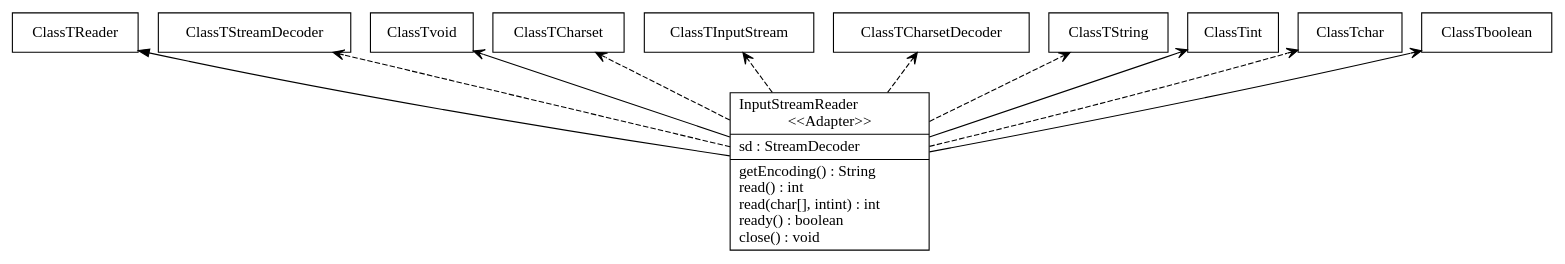
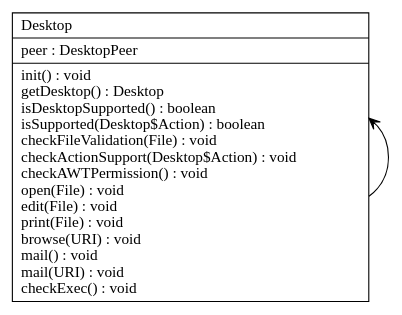
One commit to chinchalupa/CSSE374-Project changed the diagram in input_output/new_file.dot. Above: the diagram before and after it, drawn with Graphviz. The commit also changed 68 other files, not shown here.

```diff
--- a/input_output/new_file.dot
+++ b/input_output/new_file.dot
@@ -1,29 +1,11 @@
 digraph G {
 
 fontname = "Bitstream Vera Sans"
 fontsize = 8
 rankdir=BT
 
-node [shape = "record" outlineColor = "#000000"]
-ClassTInputStreamReader [label = "{InputStreamReader\l\<\<Adapter\>\>|sd : StreamDecoder\l|getEncoding() : String\lread() : int\lread(char[], intint) : int\lready() : boolean\lclose() : void\l}"]
-edge [arrowhead = "normal" style = "solid" ]
-ClassTInputStreamReader -> ClassTReader
-edge [arrowhead = "vee" style = "dashed" ]
-ClassTInputStreamReader -> ClassTStreamDecoder
-edge [arrowhead = "vee" style = "solid" ]
-ClassTInputStreamReader -> ClassTvoid
-edge [arrowhead = "vee" style = "dashed" ]
-ClassTInputStreamReader -> ClassTCharset
-edge [arrowhead = "vee" style = "dashed" ]
-ClassTInputStreamReader -> ClassTInputStream
-edge [arrowhead = "vee" style = "dashed" ]
-ClassTInputStreamReader -> ClassTCharsetDecoder
-edge [arrowhead = "vee" style = "dashed" ]
-ClassTInputStreamReader -> ClassTString
-edge [arrowhead = "vee" style = "solid" ]
-ClassTInputStreamReader -> ClassTint
-edge [arrowhead = "vee" style = "dashed" ]
-ClassTInputStreamReader -> ClassTchar[]
-edge [arrowhead = "vee" style = "solid" ]
-ClassTInputStreamReader -> ClassTboolean
+node [shape = "record" color = "#000000" fillcolor = "#000000" style=""]
+ClassTDesktop [label = "{Desktop\l|peer : DesktopPeer\l|init() : void\lgetDesktop() : Desktop\lisDesktopSupported() : boolean\lisSupported(Desktop$Action) : boolean\lcheckFileValidation(File) : void\lcheckActionSupport(Desktop$Action) : void\lcheckAWTPermission() : void\lopen(File) : void\ledit(File) : void\lprint(File) : void\lbrowse(URI) : void\lmail() : void\lmail(URI) : void\lcheckExec() : void\l}"]
+edge [arrowhead = "vee" style = "solid" label = ""]
+ClassTDesktop -> ClassTDesktop
 }
```
